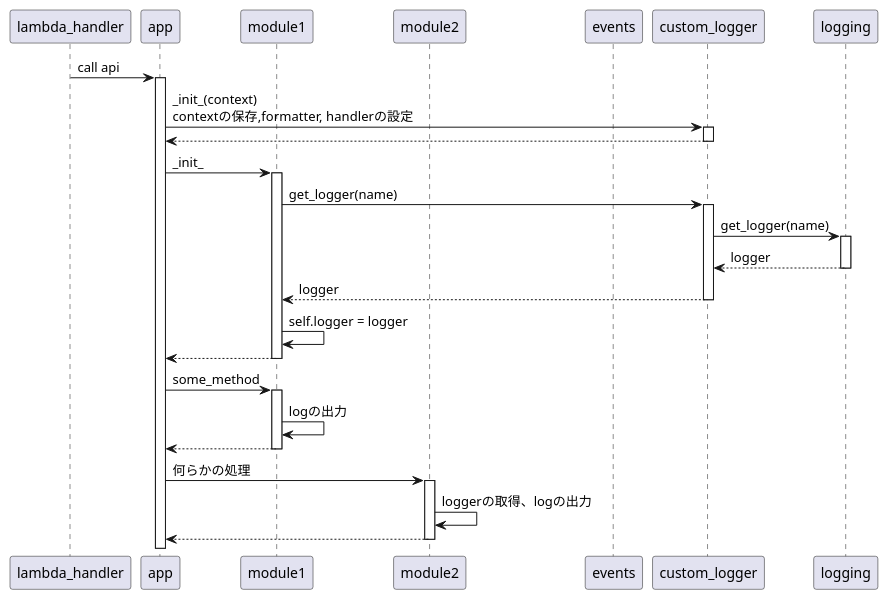
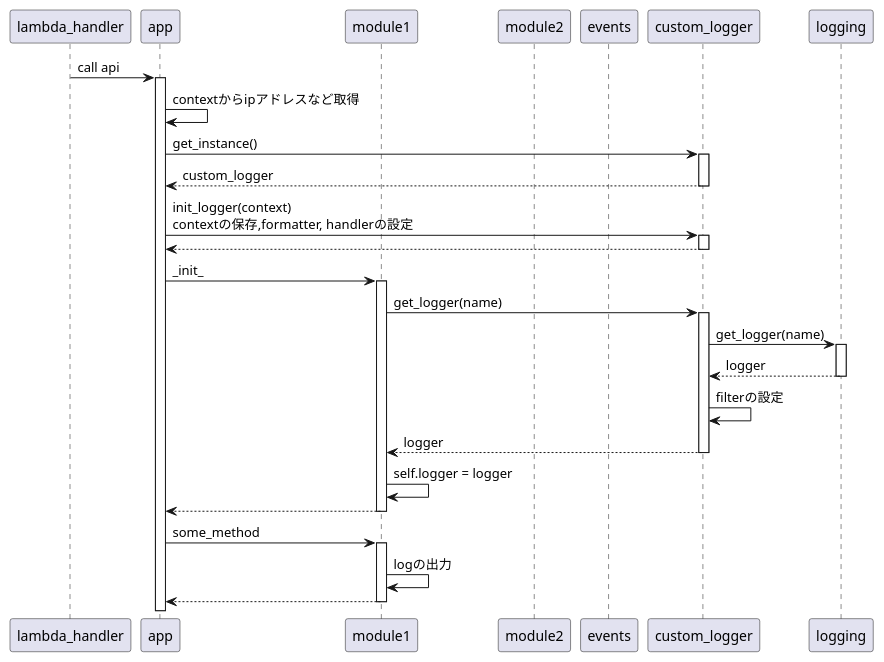
The diagram in sequence.pu (horitaka/python-logging-sample), drawn with PlantUML before and after one commit. The commit also changed 2 other files, not shown here.

Commit message:
シーケンス図の修正

```diff
--- a/sequence.pu
+++ b/sequence.pu
@@ -1,40 +1,43 @@
 @startuml
 participant lambda_handler as handler
 participant app as app
 participant module1 as module1
 participant module2 as module2
 participant events as events
 participant custom_logger as custom_logger
 
 participant logging as logging
 
 handler -> app: call api
 activate app
 
-  app -> custom_logger: _init_(context)\ncontextの保存,formatter, handlerの設定
+  app -> app: contextからipアドレスなど取得
+
+  app -> custom_logger: get_instance()
+  activate custom_logger
+  return custom_logger
+
+  app -> custom_logger: init_logger(context)\ncontextの保存,formatter, handlerの設定
   activate custom_logger
   return
 
   app -> module1: _init_
   activate module1
     module1 -> custom_logger: get_logger(name)
       activate custom_logger
         custom_logger -> logging: get_logger(name)
         activate logging
         return logger
+        custom_logger -> custom_logger: filterの設定
       return logger
       module1 -> module1: self.logger = logger
     return
 
   app -> module1: some_method
     activate module1
     module1 -> module1: logの出力
   return
 
 
-  app -> module2: 何らかの処理
-  activate module2
-    module2 -> module2: loggerの取得、logの出力
-  return
 
 @enduml
```
